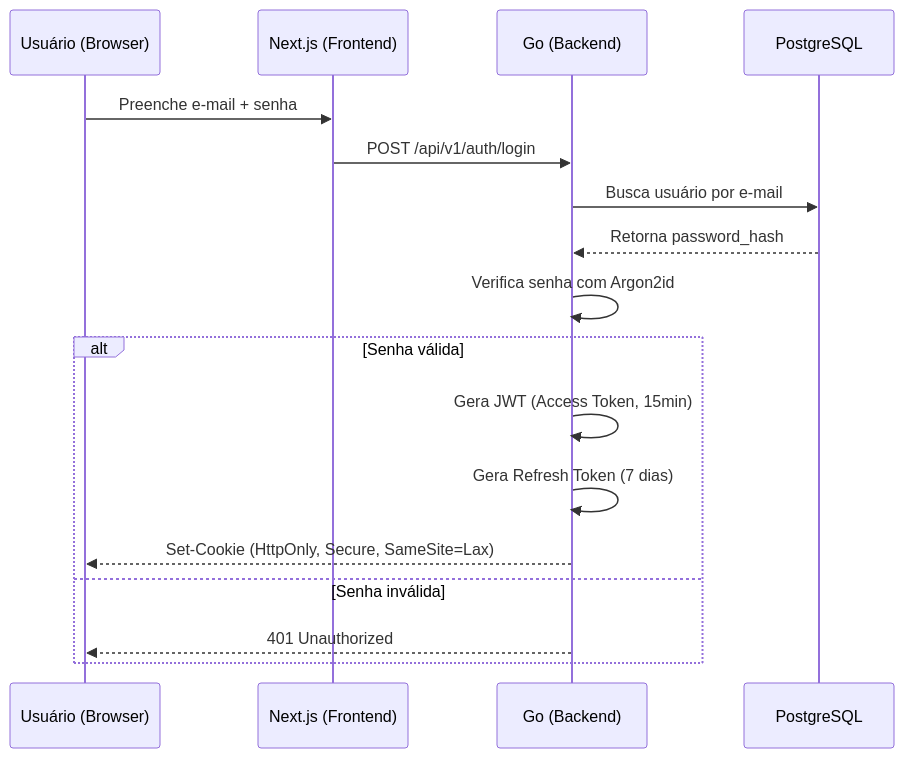
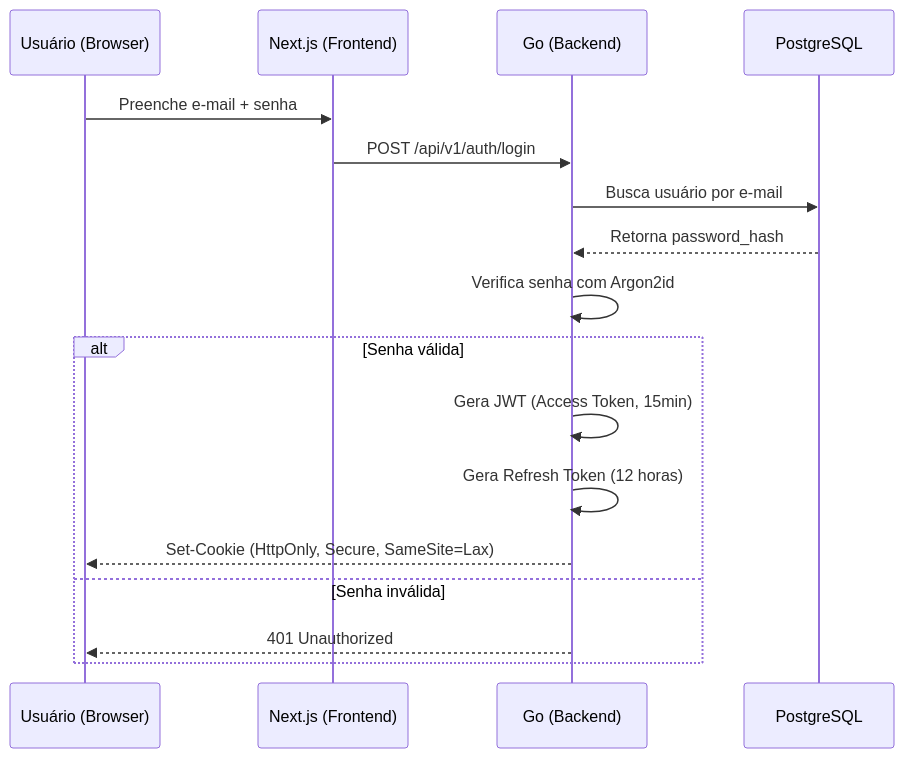
One commit to enakamura3/stock-pulse changed the seventh of 7 diagrams in docs/sdd_monitoramento_acoes.md. Above: the diagram before and after it, drawn with Mermaid. The commit also changed other lines of this file and 6 other files, not shown here.

First line of the commit message:
feat(auth): reduce access token to 15m and refresh token to 12h

````diff
--- a/docs/sdd_monitoramento_acoes.md
+++ b/docs/sdd_monitoramento_acoes.md
@@ -517,20 +517,20 @@
 ```mermaid
 sequenceDiagram
     participant U as Usuário (Browser)
     participant N as Next.js (Frontend)
     participant G as Go (Backend)
     participant DB as PostgreSQL
 
     U->>N: Preenche e-mail + senha
     N->>G: POST /api/v1/auth/login
     G->>DB: Busca usuário por e-mail
     DB-->>G: Retorna password_hash
     G->>G: Verifica senha com Argon2id
     alt Senha válida
         G->>G: Gera JWT (Access Token, 15min)
-        G->>G: Gera Refresh Token (7 dias)
+        G->>G: Gera Refresh Token (12 horas)
         G-->>U: Set-Cookie (HttpOnly, Secure, SameSite=Lax)
     else Senha inválida
         G-->>U: 401 Unauthorized
     end
 ```
````
